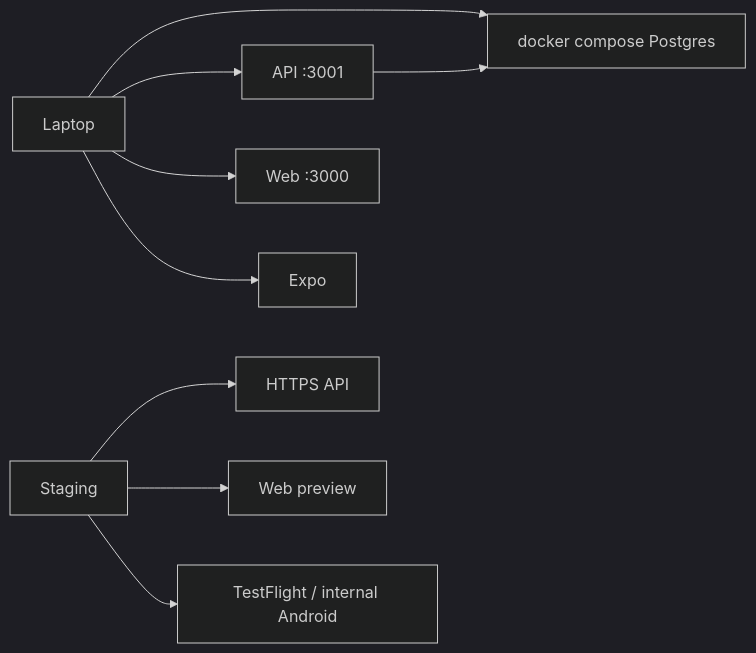
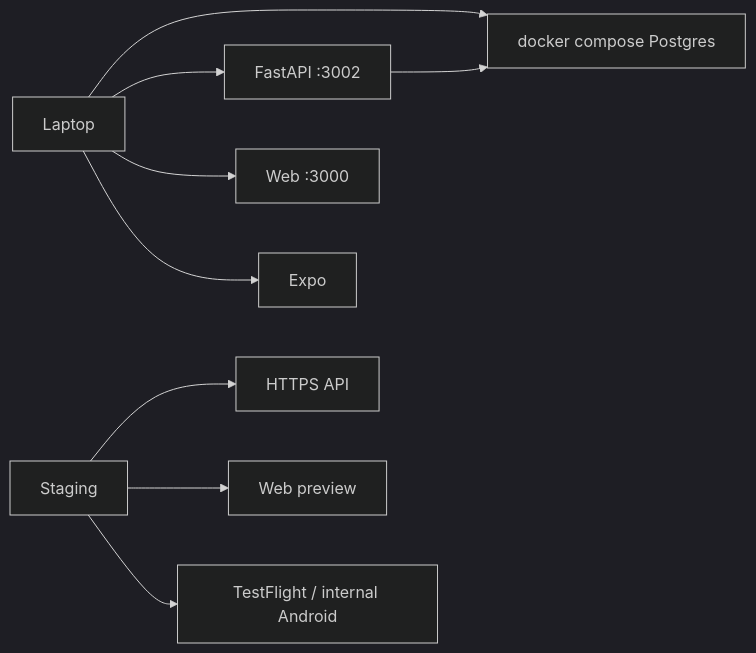
Before and after one commit to quyendolearndata/JPLearn: the eighth of 8 diagrams in docs/sad/03-design/diagrams.md, drawn with Mermaid (dark theme). The commit also changed other lines of this file and 90 other files, not shown here.

````diff
--- a/docs/sad/03-design/diagrams.md
+++ b/docs/sad/03-design/diagrams.md
@@ -182,11 +182,11 @@
 ```mermaid
 flowchart LR
   Dev[Laptop] --> Compose[docker compose Postgres]
-  Dev --> API[API :3001]
+  Dev --> API[FastAPI :3002]
   Dev --> Web[Web :3000]
   Dev --> Expo[Expo]
   API --> Compose
   Staging[Staging] --> HTTPS[HTTPS API]
   Staging --> Preview[Web preview]
   Staging --> TF[TestFlight / internal Android]
 ```
````
